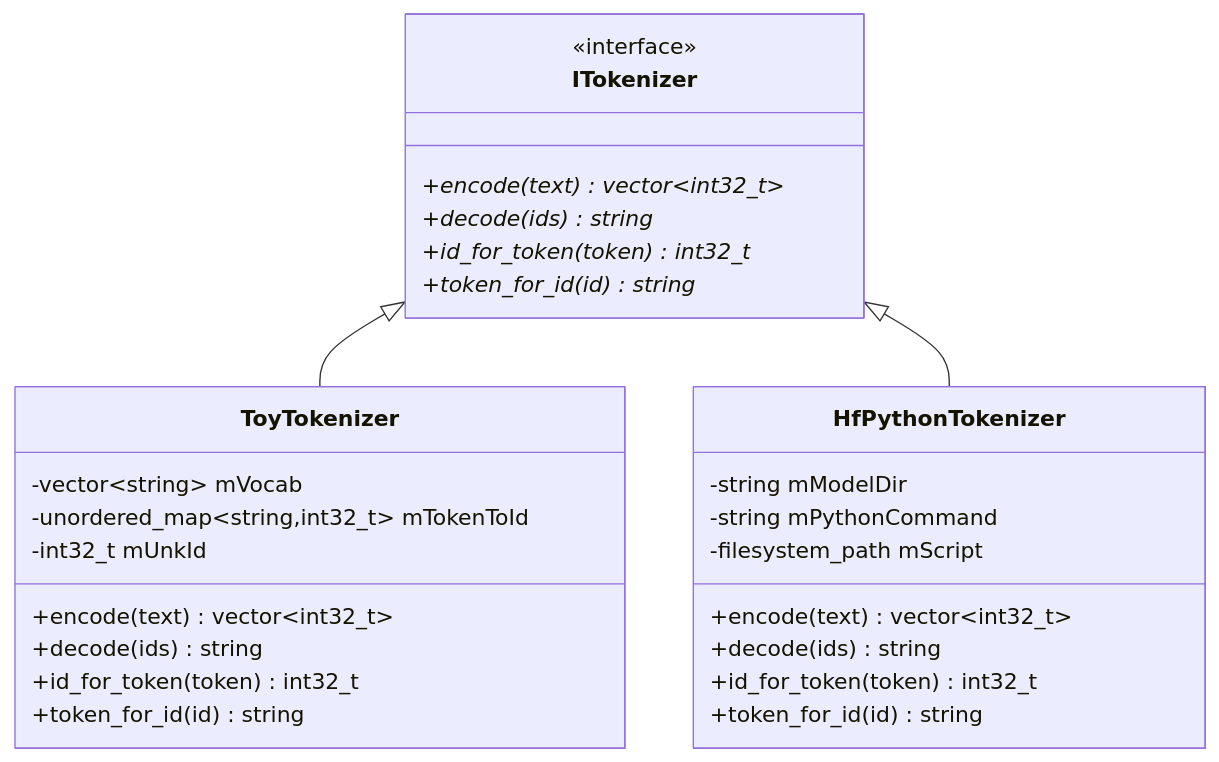
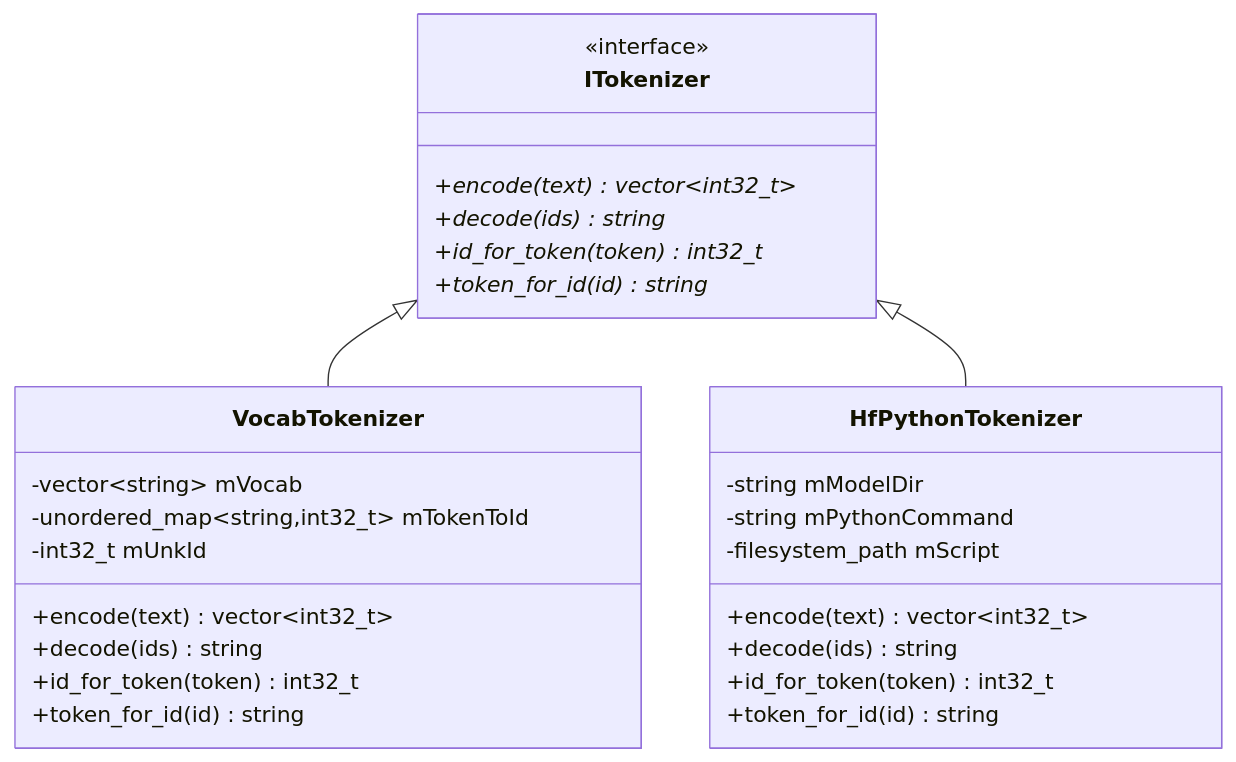
One commit to AbishekCoder1/TensorRT-Model-Connect changed the seventh of 8 diagrams in docs/wiki/Static-Design.md. Above: the diagram before and after it, drawn with Mermaid. The commit also changed other lines of this file and 76 other files, not shown here.

````diff
--- a/docs/wiki/Static-Design.md
+++ b/docs/wiki/Static-Design.md
@@ -535,33 +497,33 @@
 ```mermaid
 classDiagram
     class ITokenizer {
         <<interface>>
         +encode(text)* vector~int32_t~
         +decode(ids)* string
         +id_for_token(token)* int32_t
         +token_for_id(id)* string
     }
 
-    class ToyTokenizer {
+    class VocabTokenizer {
         -vector~string~ mVocab
         -unordered_map~string,int32_t~ mTokenToId
         -int32_t mUnkId
         +encode(text) vector~int32_t~
         +decode(ids) string
         +id_for_token(token) int32_t
         +token_for_id(id) string
     }
 
     class HfPythonTokenizer {
         -string mModelDir
         -string mPythonCommand
         -filesystem_path mScript
         +encode(text) vector~int32_t~
         +decode(ids) string
         +id_for_token(token) int32_t
         +token_for_id(id) string
     }
 
-    ITokenizer <|-- ToyTokenizer
+    ITokenizer <|-- VocabTokenizer
     ITokenizer <|-- HfPythonTokenizer
 ```
````
